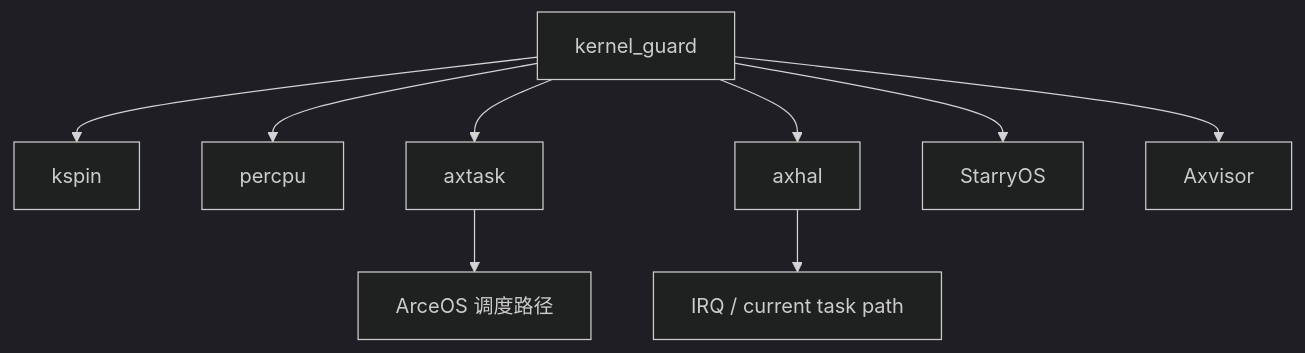
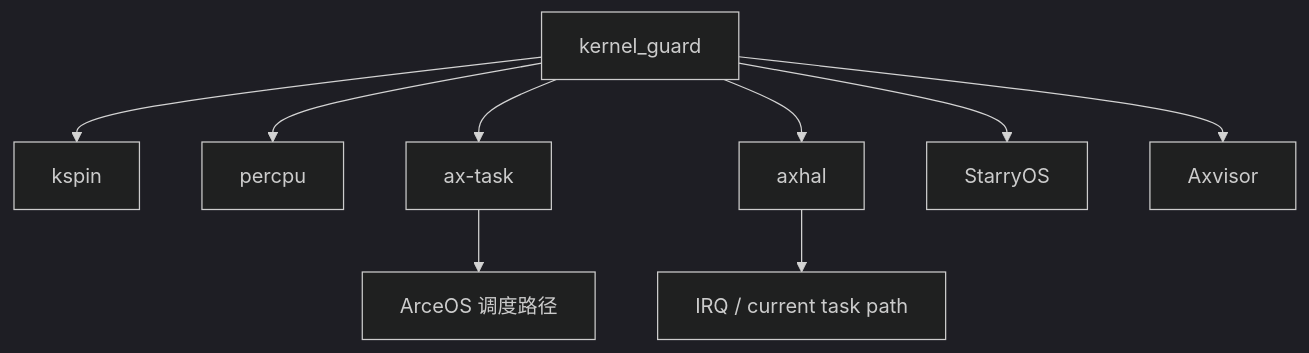
Before and after one commit to zKurisu/tgoskits: the diagram in docs/crates/kernel_guard.md, drawn with Mermaid (dark theme). The commit also changed other lines of this file and 133 other files, not shown here.

Commit message:
rename axtask to ax-task

````diff
--- a/docs/crates/kernel_guard.md
+++ b/docs/crates/kernel_guard.md
@@ -142,11 +142,11 @@
 ```mermaid
 graph TD
     A[kernel_guard] --> B[kspin]
     A --> C[percpu]
-    A --> D[axtask]
+    A --> D[ax-task]
     A --> E[axhal]
     D --> F[ArceOS 调度路径]
     E --> G[IRQ / current task path]
     A --> H[StarryOS]
     A --> I[Axvisor]
 ```
````
